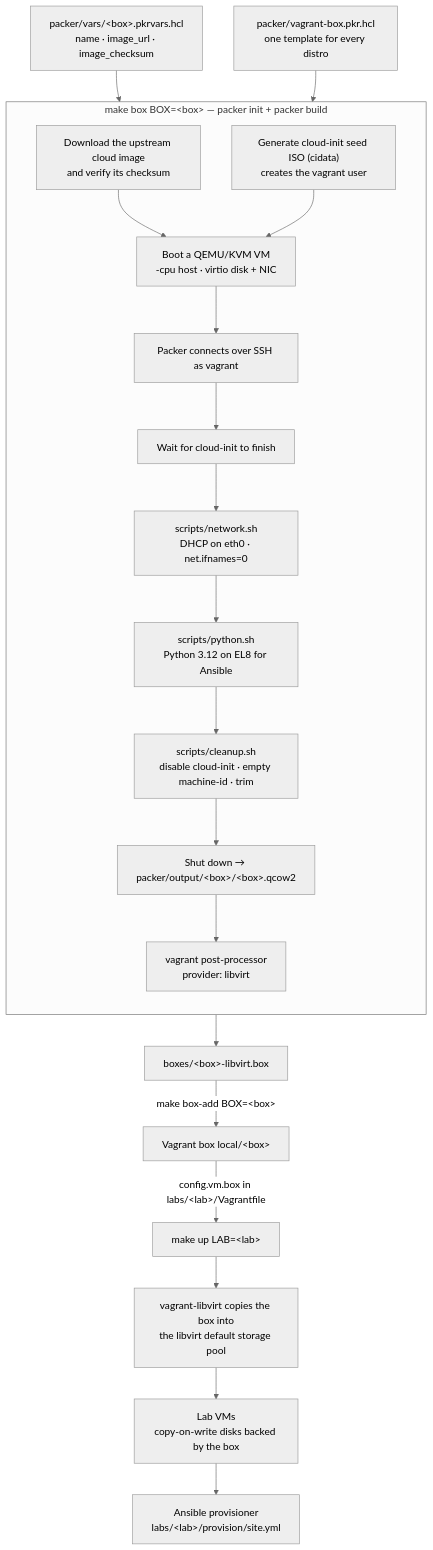
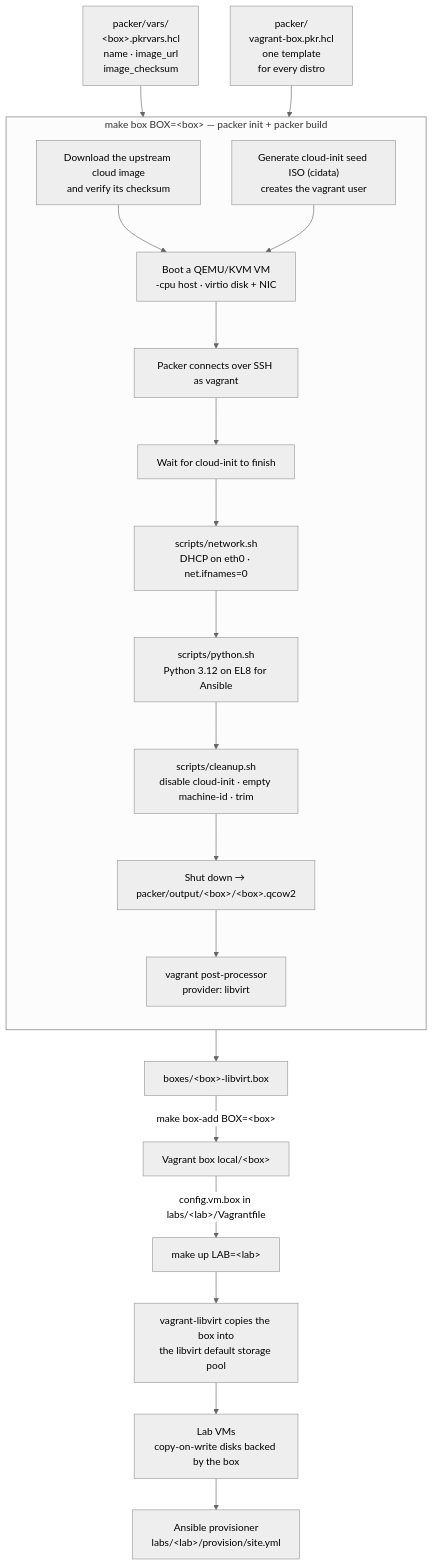
One commit to r-2st/linux-lab changed the diagram in docs/building-boxes.md. Above: the diagram before and after it, drawn with Mermaid (neutral theme). The commit also changed 15 other files, not shown here.

First line of the commit message:
Migrate docs to Zensical, self-host mermaid.js, deploy to GitHub Pages

````diff
--- a/docs/building-boxes.md
+++ b/docs/building-boxes.md
@@ -9,31 +9,31 @@
 ```mermaid
 flowchart TB
-    vars["packer/vars/#lt;box#gt;.pkrvars.hcl<br/>name · image_url · image_checksum"]
-    tmpl["packer/vagrant-box.pkr.hcl<br/>one template for every distro"]
+    vars["packer/vars/<br/>#lt;box#gt;.pkrvars.hcl<br/>name · image_url<br/>image_checksum"]
+    tmpl["packer/<br/>vagrant-box.pkr.hcl<br/>one template<br/>for every distro"]
 
     subgraph build ["make box BOX=#lt;box#gt; — packer init + packer build"]
         direction TB
         dl["Download the upstream cloud image<br/>and verify its checksum"]
         seed["Generate cloud-init seed ISO (cidata)<br/>creates the vagrant user"]
         boot["Boot a QEMU/KVM VM<br/>-cpu host · virtio disk + NIC"]
         ssh["Packer connects over SSH as vagrant"]
         p1["Wait for cloud-init to finish"]
         p2["scripts/network.sh<br/>DHCP on eth0 · net.ifnames=0"]
         p3["scripts/python.sh<br/>Python 3.12 on EL8 for Ansible"]
         p4["scripts/cleanup.sh<br/>disable cloud-init · empty machine-id · trim"]
         qcow["Shut down → packer/output/#lt;box#gt;/#lt;box#gt;.qcow2"]
         pp["vagrant post-processor<br/>provider: libvirt"]
         dl --> boot
         seed --> boot
         boot --> ssh --> p1 --> p2 --> p3 --> p4 --> qcow --> pp
     end
 
     vars --> build
     tmpl --> build
     pp --> boxfile["boxes/#lt;box#gt;-libvirt.box"]
     boxfile -- "make box-add BOX=#lt;box#gt;" --> vbox["Vagrant box local/#lt;box#gt;"]
     vbox -- "config.vm.box in labs/#lt;lab#gt;/Vagrantfile" --> up["make up LAB=#lt;lab#gt;"]
     up --> pool["vagrant-libvirt copies the box into<br/>the libvirt default storage pool"]
     pool --> vms["Lab VMs<br/>copy-on-write disks backed by the box"]
     vms --> ansible["Ansible provisioner<br/>labs/#lt;lab#gt;/provision/site.yml"]
 ```
````
